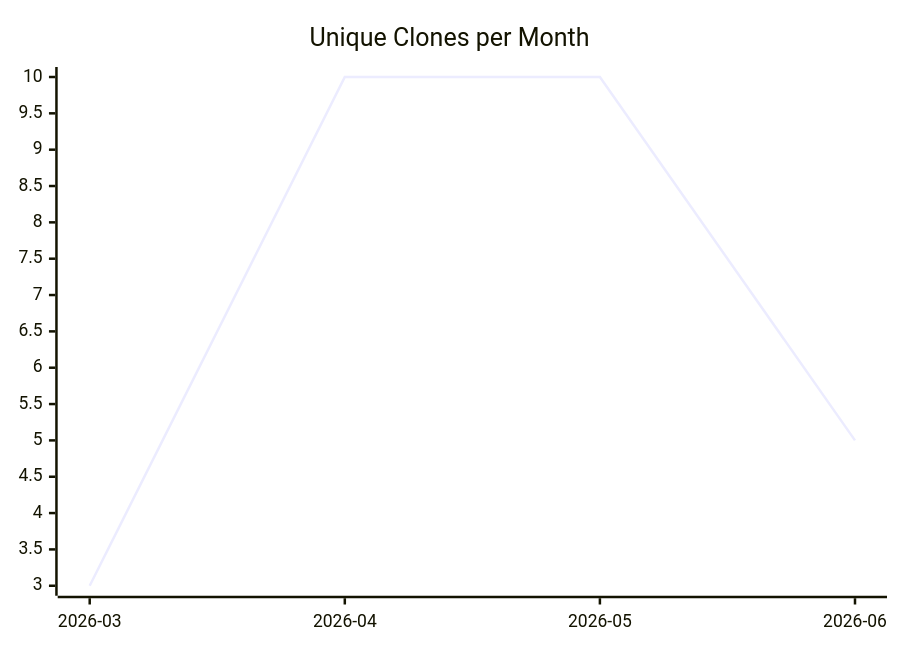
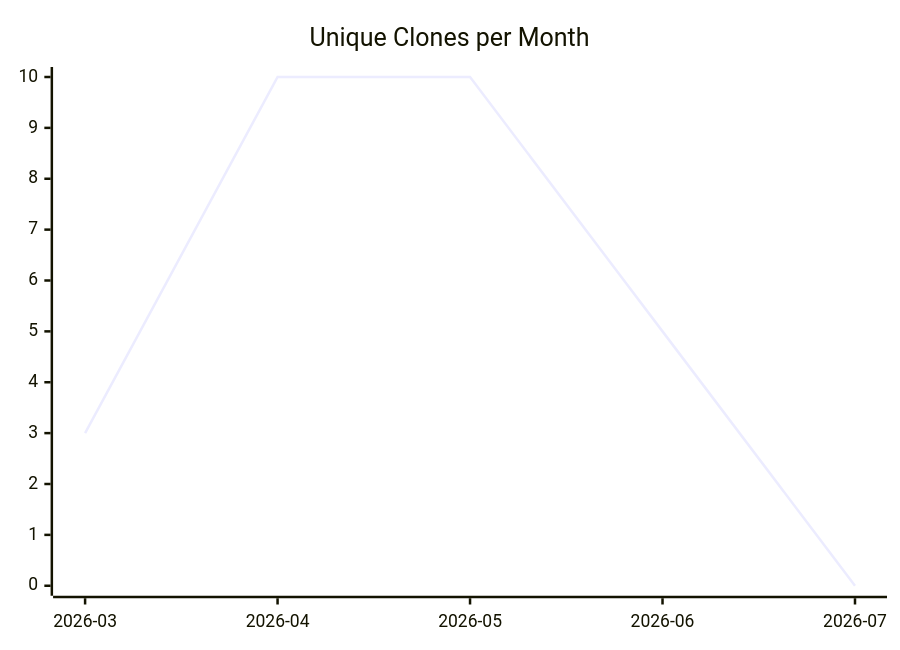
Before and after one commit to justdavis-family/github-analytics-data: the third of 3 diagrams in karlmdavis/can-i-kayak-baltimore/README.md, drawn with Mermaid. The commit also changed other lines of this file and 199 other files, not shown here.

````diff
--- a/karlmdavis/can-i-kayak-baltimore/README.md
+++ b/karlmdavis/can-i-kayak-baltimore/README.md
@@ -19,6 +19,6 @@
 ```mermaid
 xychart-beta
   title "Unique Clones per Month"
-  x-axis ["2026-03", "2026-04", "2026-05", "2026-06"]
-  line [3, 10, 10, 5]
+  x-axis ["2026-03", "2026-04", "2026-05", "2026-06", "2026-07"]
+  line [3, 10, 10, 5, 0]
 ```
````
